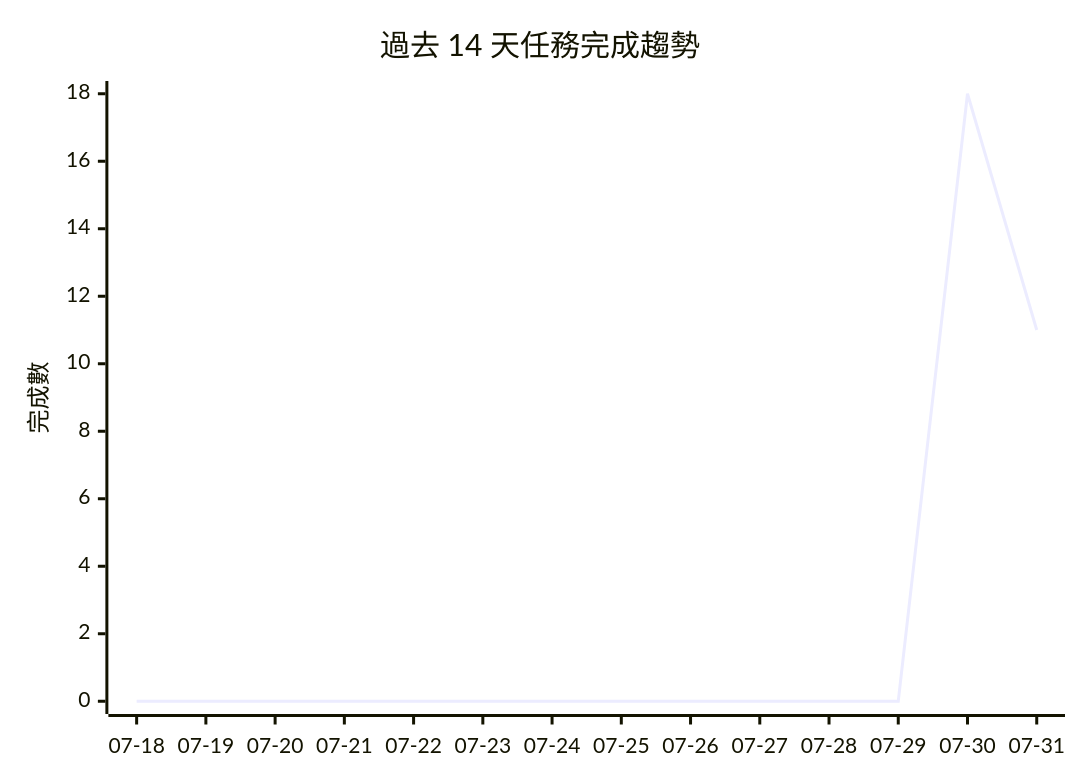
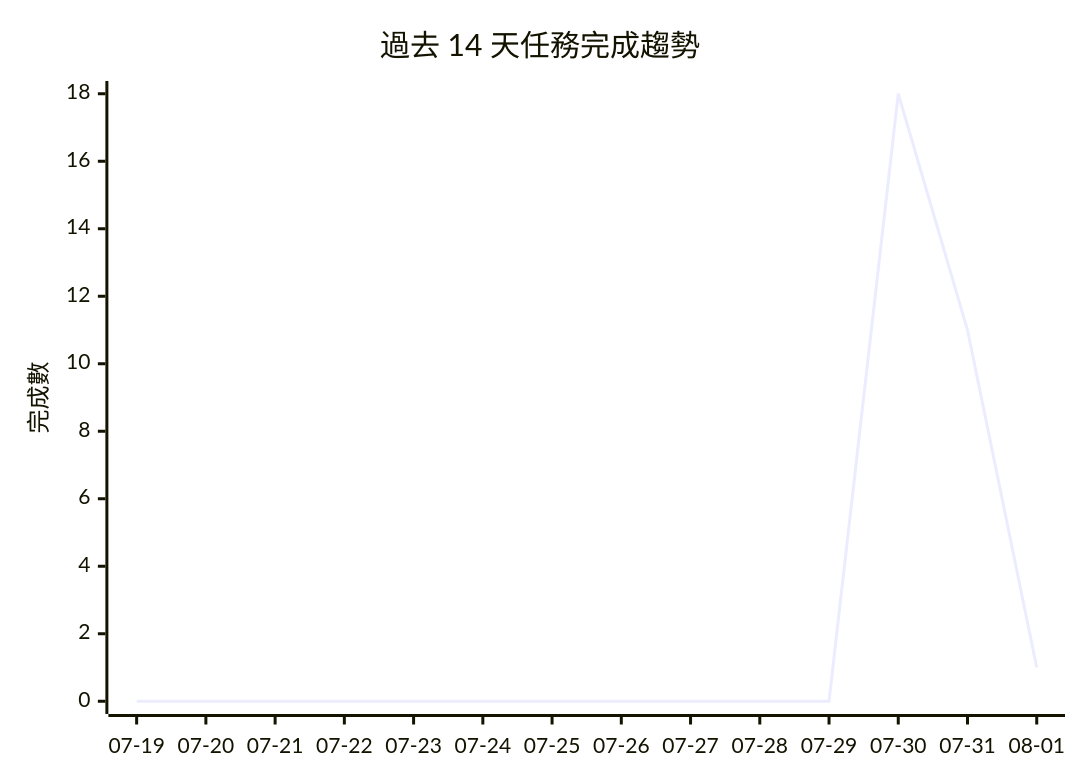
Before and after one commit to gentoobreaking/ai-tasks: the diagram in PROJECTS.md, drawn with Mermaid. The commit also changed other lines of this file and 62 other files, not shown here.

````diff
--- a/PROJECTS.md
+++ b/PROJECTS.md
@@ -160,7 +158,7 @@
 ```mermaid
 xychart-beta
     title "過去 14 天任務完成趨勢"
-    x-axis ["07-18", "07-19", "07-20", "07-21", "07-22", "07-23", "07-24", "07-25", "07-26", "07-27", "07-28", "07-29", "07-30", "07-31"]
+    x-axis ["07-19", "07-20", "07-21", "07-22", "07-23", "07-24", "07-25", "07-26", "07-27", "07-28", "07-29", "07-30", "07-31", "08-01"]
     y-axis "完成數" 0 --> 18
-    line [0, 0, 0, 0, 0, 0, 0, 0, 0, 0, 0, 0, 18, 11]
+    line [0, 0, 0, 0, 0, 0, 0, 0, 0, 0, 0, 18, 11, 1]
 ```
````
